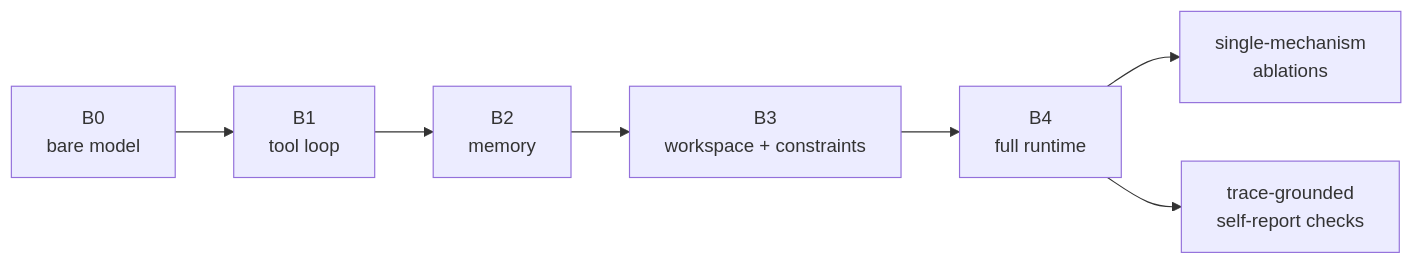
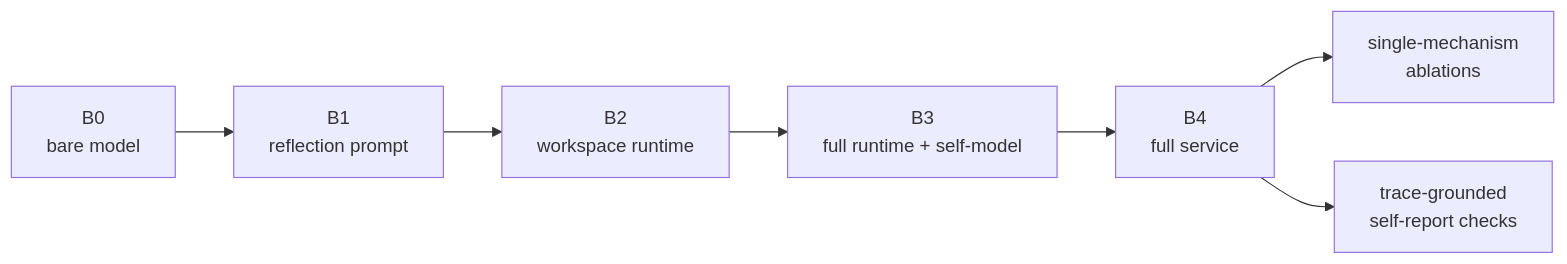
The fourth of 5 diagrams in README.md (Libertai/conscio), drawn with Mermaid before and after one commit. The commit also changed 12 other files, not shown here.

````diff
--- a/README.md
+++ b/README.md
@@ -183,14 +183,14 @@
 ```mermaid
 flowchart LR
     B0["B0<br/>bare model"]
-    B1["B1<br/>tool loop"]
-    B2["B2<br/>memory"]
-    B3["B3<br/>workspace + constraints"]
-    B4["B4<br/>full runtime"]
+    B1["B1<br/>reflection prompt"]
+    B2["B2<br/>workspace runtime"]
+    B3["B3<br/>full runtime + self-model"]
+    B4["B4<br/>full service"]
     Ablations["single-mechanism<br/>ablations"]
     Trace["trace-grounded<br/>self-report checks"]
 
     B0 --> B1 --> B2 --> B3 --> B4
     B4 --> Ablations
     B4 --> Trace
 ```
````
